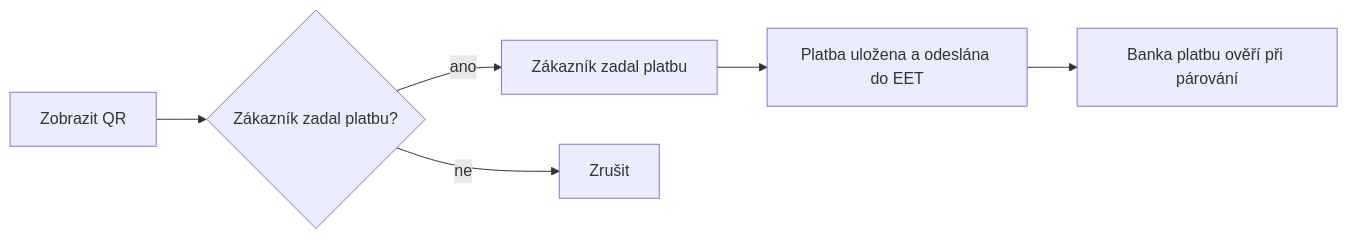
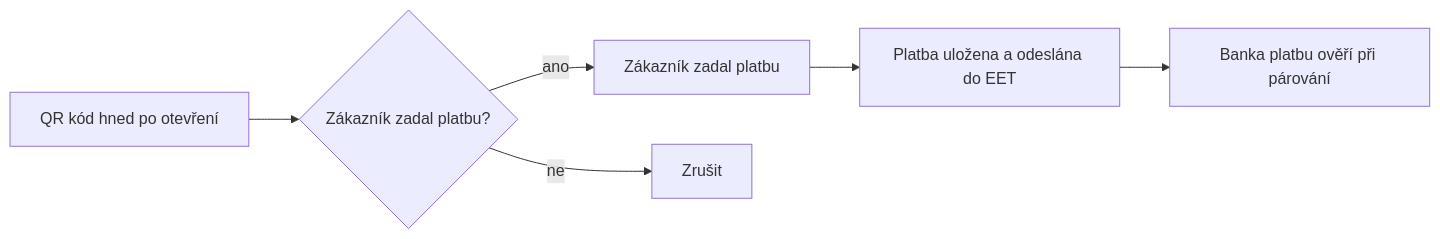
Before and after one commit to ara686/myucto: the diagram in manual/121_EET.md, drawn with Mermaid. The commit also changed other lines of this file and 8 other files, not shown here.

First line of the commit message:
feat(eet): QR platba na místě zobrazí QR hned po otevření

````diff
--- a/manual/121_EET.md
+++ b/manual/121_EET.md
@@ -148,8 +149,8 @@
 ```mermaid height=120mm
 flowchart LR
-  A[Zobrazit QR] --> B{Zákazník zadal platbu?}
+  A[QR kód hned po otevření] --> B{Zákazník zadal platbu?}
   B -- ano --> C[Zákazník zadal platbu]
   B -- ne --> D[Zrušit]
   C --> E[Platba uložena a odeslána do EET]
   E --> F[Banka platbu ověří při párování]
 ```
````
